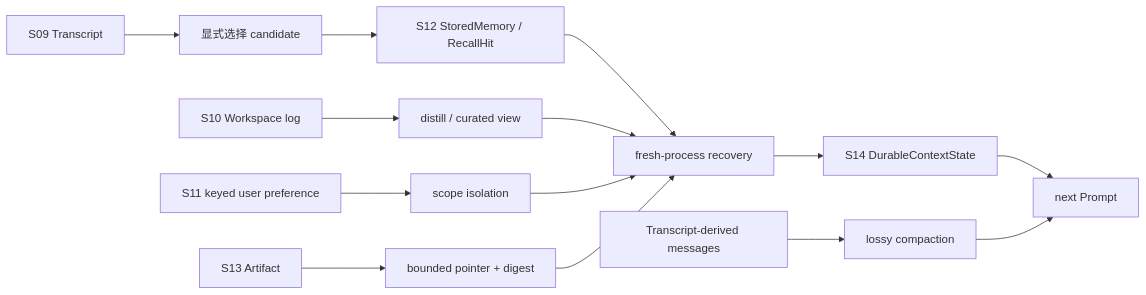
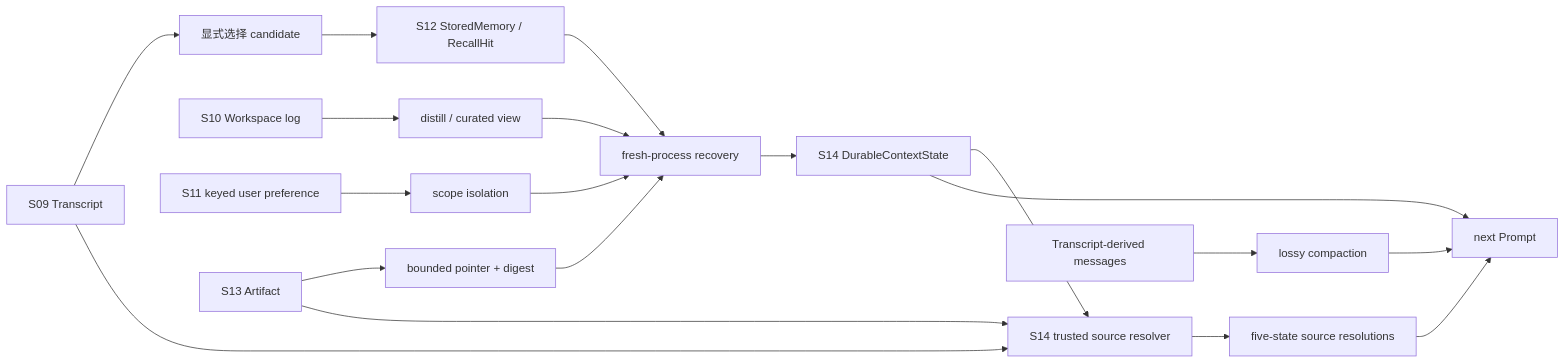
One commit to Zenquan/learn-workbuddy changed the diagram in examples/layered_memory_walkthrough/README.md. Above: the diagram before and after it, drawn with Mermaid. The commit also changed other lines of this file and 6 other files, not shown here.

````diff
--- a/examples/layered_memory_walkthrough/README.md
+++ b/examples/layered_memory_walkthrough/README.md
@@ -11,16 +11,21 @@
 ```mermaid
 flowchart LR
   T["S09 Transcript"] --> S["显式选择 candidate"]
   S --> R["S12 StoredMemory / RecallHit"]
   W["S10 Workspace log"] --> D["distill / curated view"]
   U["S11 keyed user preference"] --> I["scope isolation"]
   A["S13 Artifact"] --> P["bounded pointer + digest"]
   R --> F["fresh-process recovery"]
   D --> F
   I --> F
   P --> F
   F --> DS["S14 DurableContextState"]
+  T --> V["S14 trusted source resolver"]
+  A --> V
+  DS --> V
+  V --> X["five-state source resolutions"]
   M["Transcript-derived messages"] --> C["lossy compaction"]
   DS --> Q["next Prompt"]
+  X --> Q
   C --> Q
 ```
````
